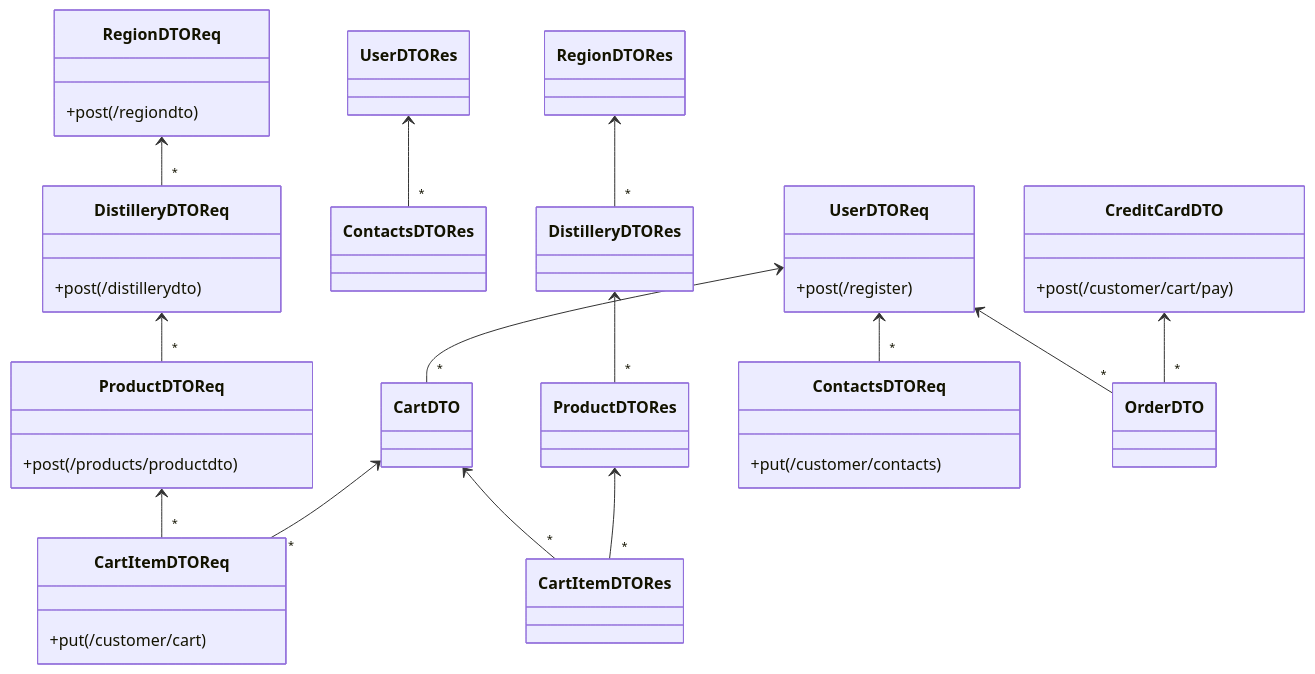
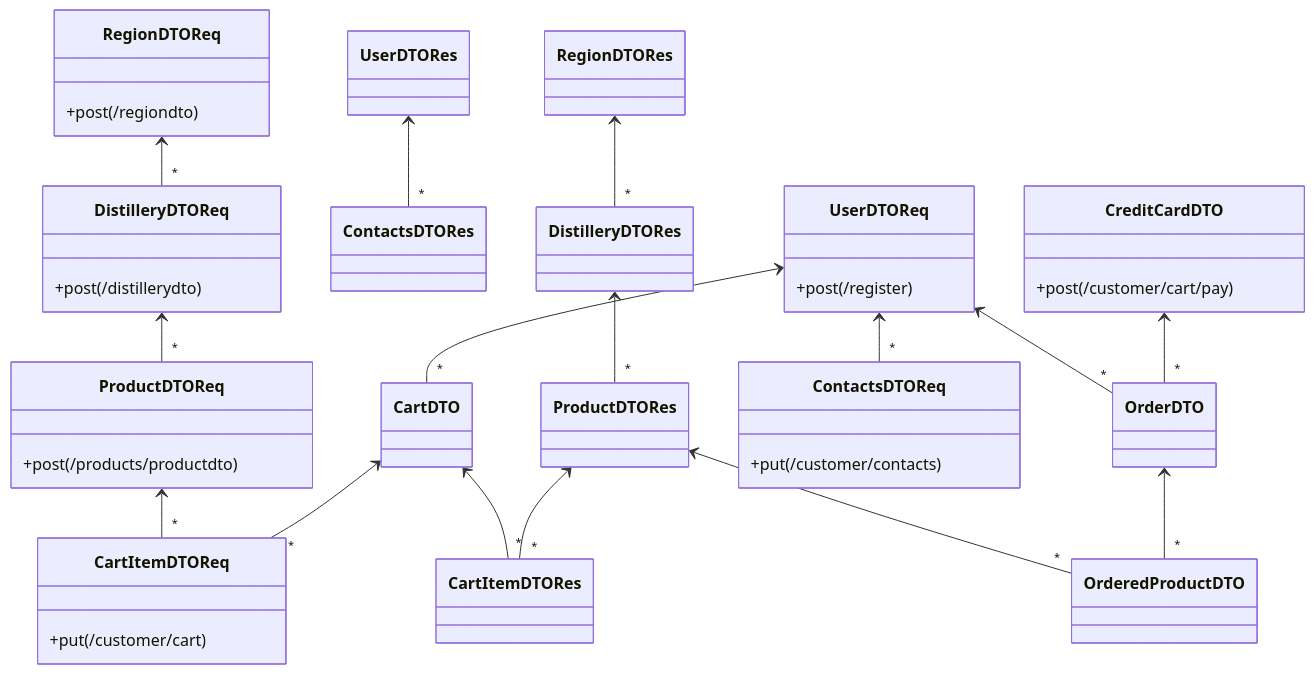
Before and after one commit to giis-uniovi/tdrules-st-tdg: the second of 3 diagrams in README.md, drawn with Mermaid. The commit also changed other lines of this file, not shown here.

Commit message:
Update README.md
Update Graphical TDM model for market including OrderedProduct

````diff
--- a/README.md
+++ b/README.md
@@ -114,23 +114,25 @@
 ```mermaid
 classDiagram
   UserDTOReq <--"*" CartDTO
   CartDTO <--"*" CartItemDTOReq
   ProductDTOReq <--"*" CartItemDTOReq
   ProductDTORes <--"*" CartItemDTORes
   CartDTO <--"*" CartItemDTORes
   UserDTOReq <--"*" ContactsDTOReq
   UserDTORes <--"*" ContactsDTORes
   RegionDTOReq <--"*" DistilleryDTOReq
   RegionDTORes <--"*" DistilleryDTORes
   CreditCardDTO <--"*" OrderDTO
   UserDTOReq <--"*" OrderDTO
+  OrderDTO <--"*" OrderedProductDTO
+  ProductDTORes <--"*" OrderedProductDTO
   DistilleryDTOReq <--"*" ProductDTOReq
   DistilleryDTORes <--"*" ProductDTORes
   CartItemDTOReq: +put(/customer/cart)
   ContactsDTOReq: +put(/customer/contacts)
   CreditCardDTO: +post(/customer/cart/pay)
   DistilleryDTOReq: +post(/distillerydto)
   ProductDTOReq: +post(/products/productdto)
   RegionDTOReq: +post(/regiondto)
   UserDTOReq: +post(/register)
 ```
````
